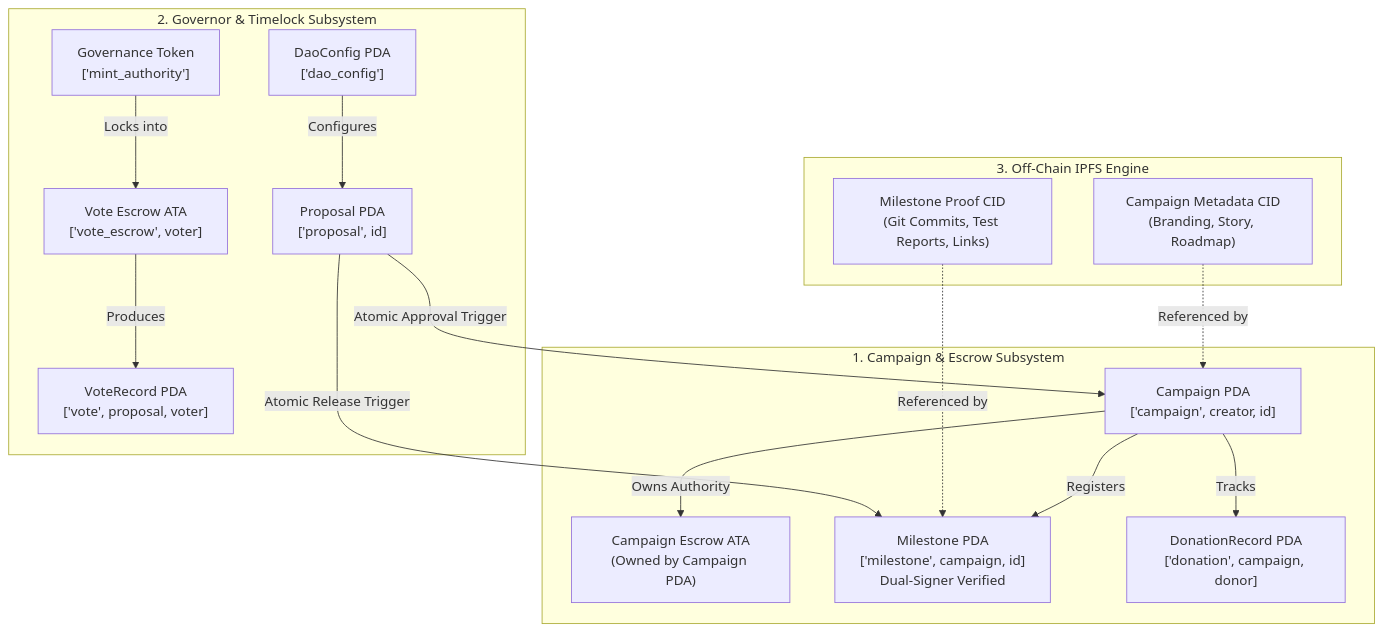
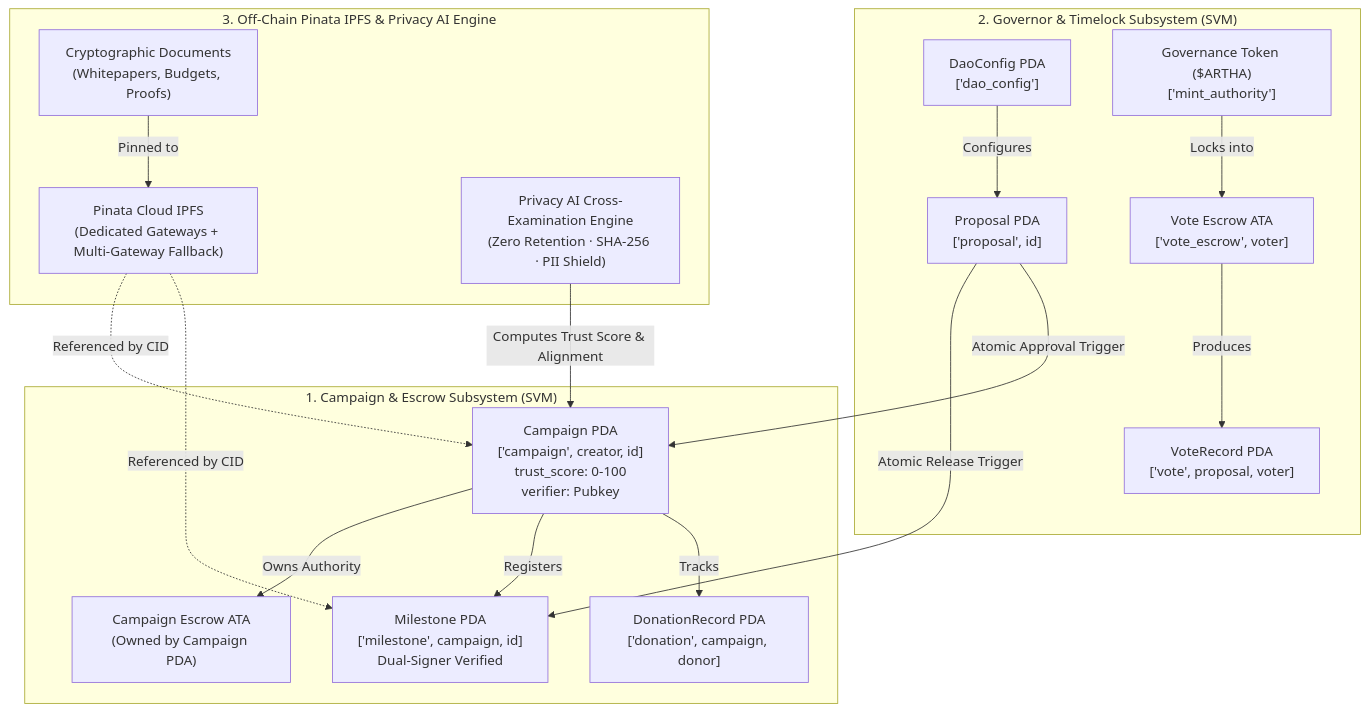
The diagram in RUNBOOK.md (anuragborkar2005/Arthsetu), drawn with Mermaid before and after one commit. The commit also changed other lines of this file and 4 other files, not shown here.

Commit message:
docs: update README, RUNBOOK, Architecture, and Security docs for Pinata IPFS, AI cross-examination, and GFM rendering

````diff
--- a/RUNBOOK.md
+++ b/RUNBOOK.md
@@ -30,34 +30,37 @@
 ```mermaid
 flowchart TD
-    subgraph CampaignSubsystem["1. Campaign & Escrow Subsystem"]
-        Camp["Campaign PDA<br/>['campaign', creator, id]"]
+    subgraph CampaignSubsystem["1. Campaign & Escrow Subsystem (SVM)"]
+        Camp["Campaign PDA<br/>['campaign', creator, id]<br/>trust_score: 0-100<br/>verifier: Pubkey"]
         Escrow["Campaign Escrow ATA<br/>(Owned by Campaign PDA)"]
         Ms["Milestone PDA<br/>['milestone', campaign, id]<br/>Dual-Signer Verified"]
         Donation["DonationRecord PDA<br/>['donation', campaign, donor]"]
     end
 
-    subgraph GovernanceSubsystem["2. Governor & Timelock Subsystem"]
+    subgraph GovernanceSubsystem["2. Governor & Timelock Subsystem (SVM)"]
         DaoCfg["DaoConfig PDA<br/>['dao_config']"]
-        GovMint["Governance Token<br/>['mint_authority']"]
+        GovMint["Governance Token ($ARTHA)<br/>['mint_authority']"]
         Prop["Proposal PDA<br/>['proposal', id]"]
         VoteEscrow["Vote Escrow ATA<br/>['vote_escrow', voter]"]
         VoteRec["VoteRecord PDA<br/>['vote', proposal, voter]"]
     end
 
-    subgraph VerificationSubsystem["3. Off-Chain IPFS Engine"]
-        MetaCID["Campaign Metadata CID<br/>(Branding, Story, Roadmap)"]
-        ProofCID["Milestone Proof CID<br/>(Git Commits, Test Reports, Links)"]
+    subgraph VerificationSubsystem["3. Off-Chain Pinata IPFS & Privacy AI Engine"]
+        Pinata["Pinata Cloud IPFS<br/>(Dedicated Gateways + Multi-Gateway Fallback)"]
+        Docs["Cryptographic Documents<br/>(Whitepapers, Budgets, Proofs)"]
+        AI["Privacy AI Cross-Examination Engine<br/>(Zero Retention · SHA-256 · PII Shield)"]
     end
 
     Camp -->|Owns Authority| Escrow
     Camp -->|Registers| Ms
     Camp -->|Tracks| Donation
-    MetaCID -.->|Referenced by| Camp
-    ProofCID -.->|Referenced by| Ms
+    Docs -->|Pinned to| Pinata
+    Pinata -.->|Referenced by CID| Camp
+    Pinata -.->|Referenced by CID| Ms
+    AI -->|Computes Trust Score & Alignment| Camp
 
     Prop -->|Atomic Release Trigger| Ms
     Prop -->|Atomic Approval Trigger| Camp
     GovMint -->|Locks into| VoteEscrow
     VoteEscrow -->|Produces| VoteRec
     DaoCfg -->|Configures| Prop
 ```
````
